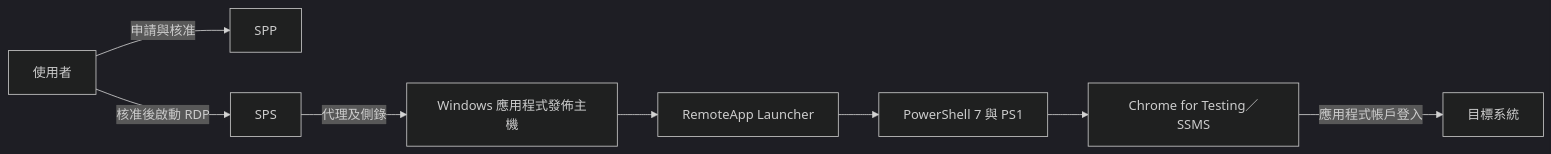
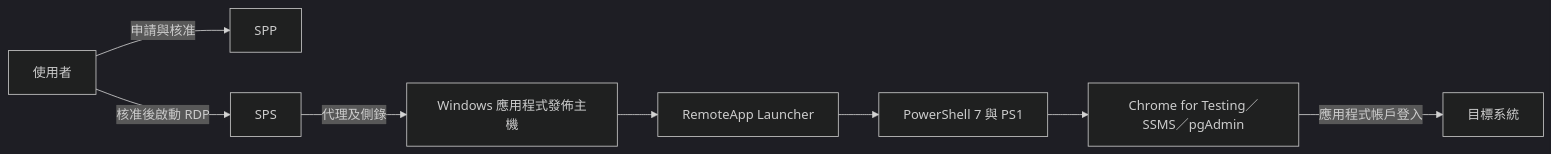
One commit to BrianHsing/One-Identity-Safeguard changed the diagram in docs/sop/remoteapp-integration.md. Above: the diagram before and after it, drawn with Mermaid (dark theme). The commit also changed other lines of this file and 4 other files, not shown here.

````diff
--- a/docs/sop/remoteapp-integration.md
+++ b/docs/sop/remoteapp-integration.md
@@ -24,10 +24,10 @@
 ```mermaid
 flowchart LR
     U[使用者] -->|申請與核准| P[SPP]
     U -->|核准後啟動 RDP| S[SPS]
     S -->|代理及側錄| R[Windows 應用程式發佈主機]
     R --> L[RemoteApp Launcher]
     L --> W[PowerShell 7 與 PS1]
-    W --> B[Chrome for Testing／SSMS]
+    W --> B[Chrome for Testing／SSMS／pgAdmin]
     B -->|應用程式帳戶登入| A[目標系統]
 ```
````
